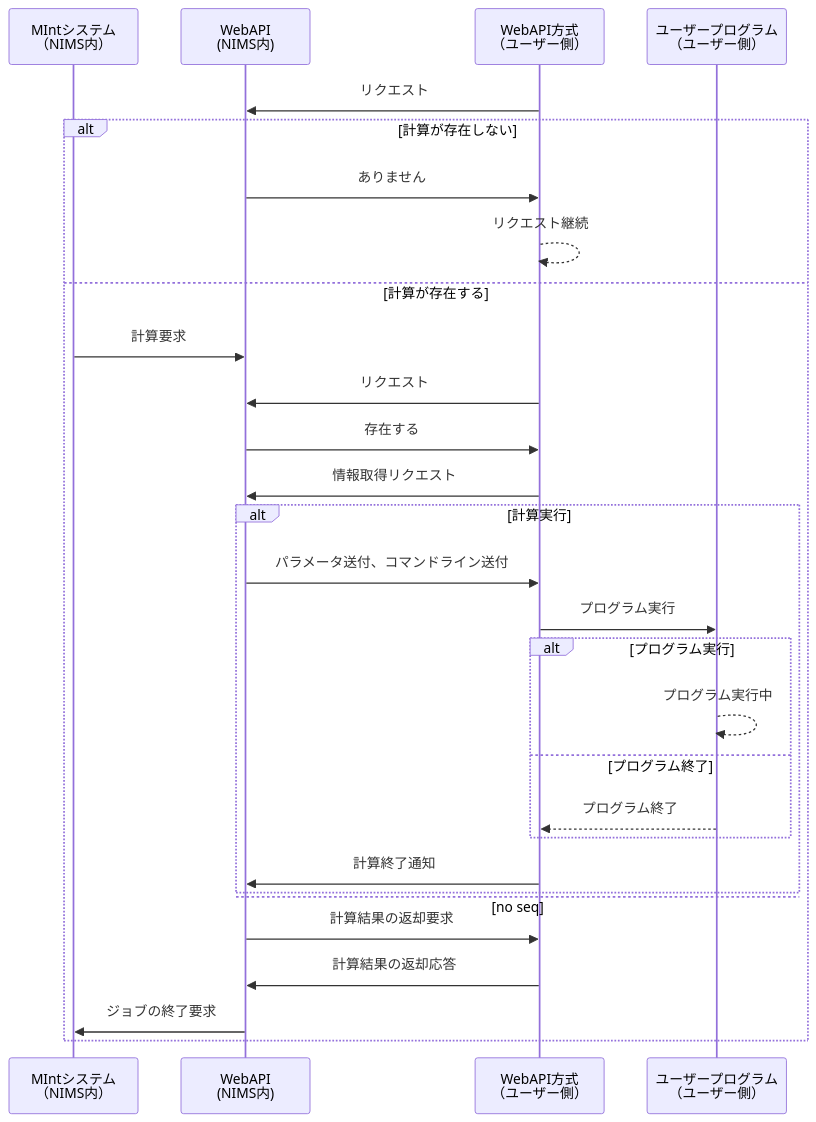
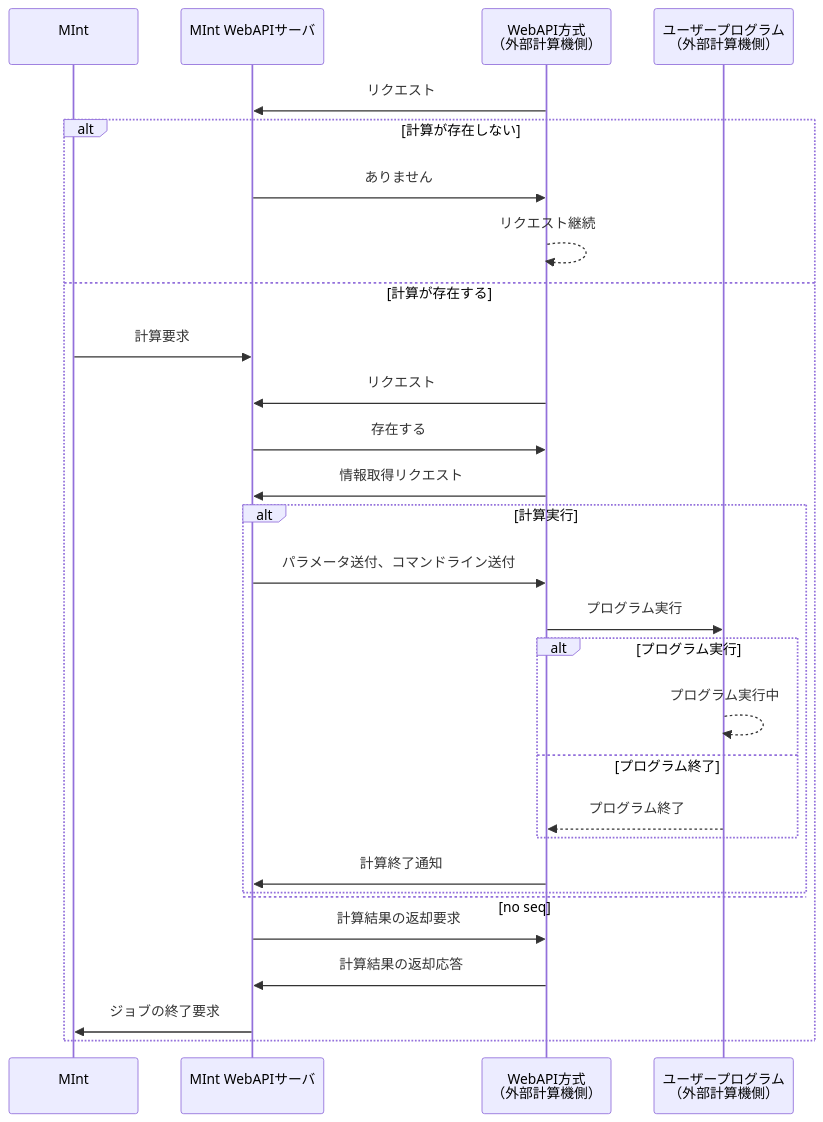
One commit to materialsintegration/remote_workflow changed the third of 4 diagrams in documents/manual2nd/source/using_distributed_properties.rst. Above: the diagram before and after it, drawn with Mermaid. The commit also changed other lines of this file, not shown here.

```diff
--- a/documents/manual2nd/source/using_distributed_properties.rst
+++ b/documents/manual2nd/source/using_distributed_properties.rst
@@ -243,36 +218,36 @@
 .. mermaid::
    :caption: WebAPI方式の流れ
    :align: center
 
    sequenceDiagram;
 
-   participant A as MIntシステム<BR>（NIMS内）
-   participant B as WebAPI<BR>(NIMS内)
-   participant C as WebAPI方式<BR>（ユーザー側）
-   participant D as ユーザープログラム<BR>（ユーザー側）
+   participant A as MInt<BR>
+   participant B as MInt WebAPIサーバ<BR>
+   participant C as WebAPI方式<BR>（外部計算機側）
+   participant D as ユーザープログラム<BR>（外部計算機側）
 
 
    C->>B:リクエスト
      alt 計算が存在しない
        B->>C:ありません
        C -->> C:リクエスト継続
      else 計算が存在する
        A->>B:計算要求
        C->>B:リクエスト
        B->>C:存在する
        C->>B:情報取得リクエスト
        alt 計算実行
          B->>C:パラメータ送付、コマンドライン送付
          C->>D:プログラム実行
          alt プログラム実行
            D -->> D:プログラム実行中
          else プログラム終了
            D -->> C:プログラム終了
          end
          C->>B:計算終了通知
        else no seq
        end
        B->>C:計算結果の返却要求
        C->>B:計算結果の返却応答
        B->>A:ジョブの終了要求
      end
```
